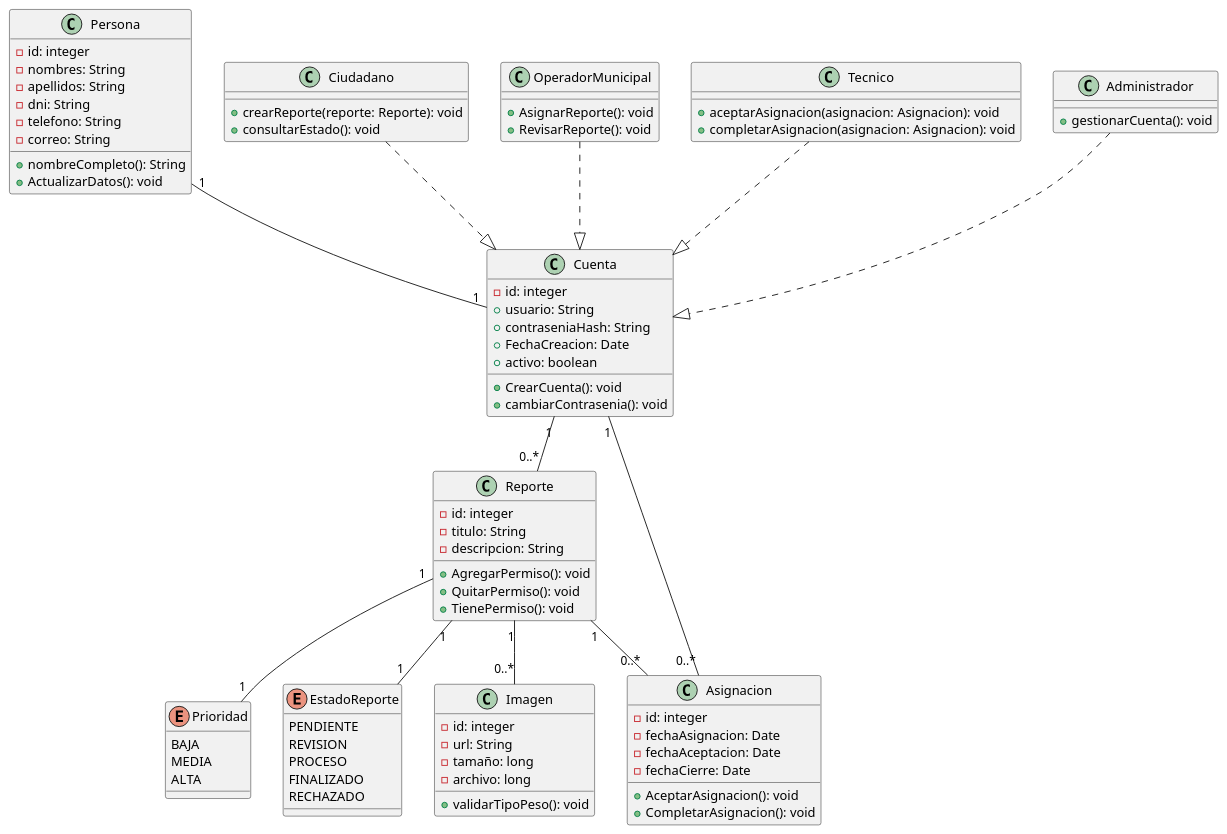
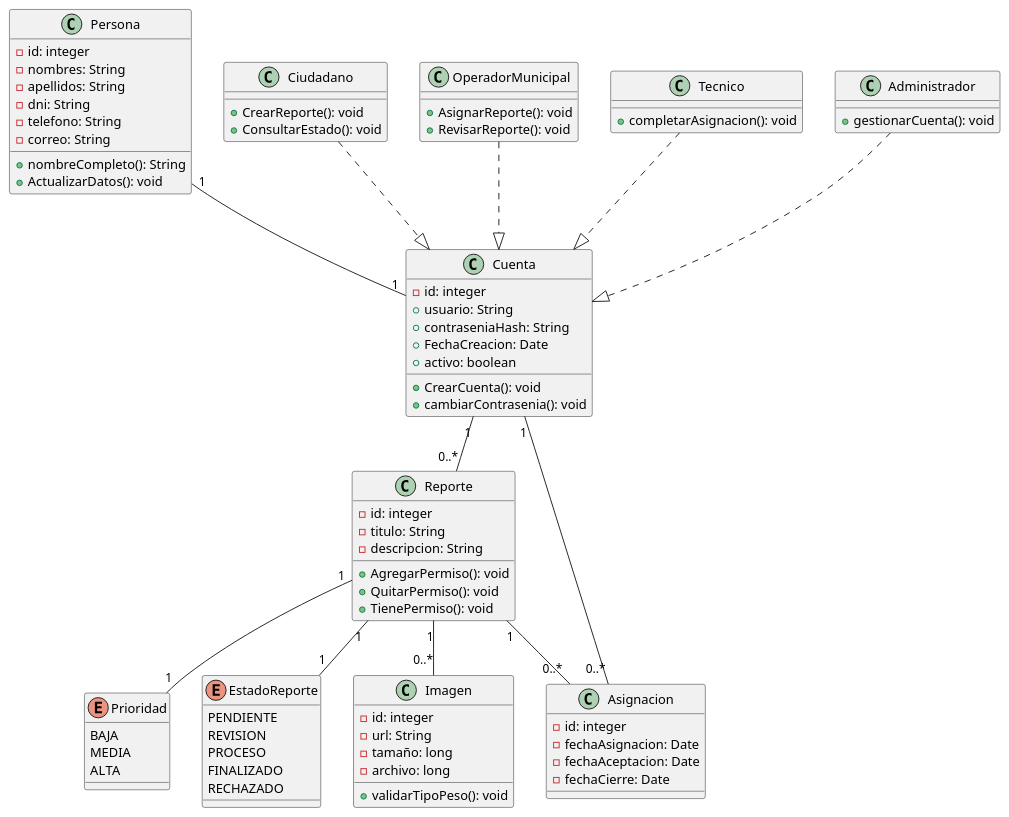
Before and after one commit to GustavoAdolfoRiverosJ/ReportaYA-Backend: the diagram in diagrams/model_diagram.reporteYa.puml, drawn with PlantUML. The commit also changed 12 other files, not shown here.

```diff
--- a/diagrams/model_diagram.reporteYa.puml
+++ b/diagrams/model_diagram.reporteYa.puml
@@ -1,95 +1,92 @@
 @startuml Modelo dominio - ReportaYA
 ' Enumeraciones
 enum Prioridad {
   BAJA
   MEDIA
   ALTA
 }
 
 enum EstadoReporte {
   PENDIENTE
   REVISION
   PROCESO
   FINALIZADO
   RECHAZADO
 }
 
 class Persona {
   - id: integer
   - nombres: String
   - apellidos: String
   - dni: String
   - telefono: String
   - correo: String
   + nombreCompleto(): String
   + ActualizarDatos(): void
 }
 
 class Cuenta {
   - id: integer
   + usuario: String
   + contraseniaHash: String
   + FechaCreacion: Date
   + activo: boolean
   + CrearCuenta(): void
   + cambiarContrasenia(): void
 }
 
 class Reporte {
   - id: integer
   - titulo: String
   - descripcion: String
   + AgregarPermiso(): void
   + QuitarPermiso(): void
   + TienePermiso(): void
 }
 
 class Asignacion {
   - id: integer
   - fechaAsignacion: Date
   - fechaAceptacion: Date
   - fechaCierre: Date
-  + AceptarAsignacion(): void
-  + CompletarAsignacion(): void
 }
 
 class Imagen {
   - id: integer
   - url: String
   - tamaño: long
   - archivo: long
   + validarTipoPeso(): void
 }
 
 ' Roles
 class Ciudadano {
-  + crearReporte(reporte: Reporte): void
-  + consultarEstado(): void
+  + CrearReporte(): void
+  + ConsultarEstado(): void
 }
 class OperadorMunicipal {
   + AsignarReporte(): void
   + RevisarReporte(): void
 }
 class Tecnico {
-  + aceptarAsignacion(asignacion: Asignacion): void
-  + completarAsignacion(asignacion: Asignacion): void
+  + completarAsignacion(): void
 }
 class Administrador {
   + gestionarCuenta(): void
 }
 
 ' Relaciones
 Persona "1" -- "1" Cuenta
 Cuenta "1" -- "0..*" Reporte
- Cuenta "1" -- "0..*" Asignacion
+Cuenta "1" -- "0..*" Asignacion
 Reporte "1" -- "0..*" Asignacion
 Reporte "1" -- "0..*" Imagen
 Reporte "1" -- "1" Prioridad
 Reporte "1" -- "1" EstadoReporte
 
 Ciudadano ..|> Cuenta
 OperadorMunicipal ..|> Cuenta
 Tecnico ..|> Cuenta
 Administrador ..|> Cuenta
 
 @enduml
```
